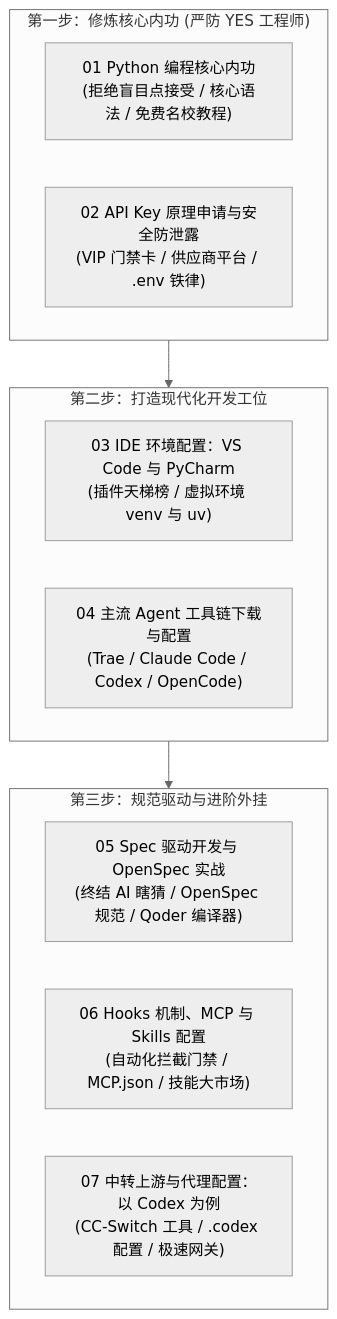
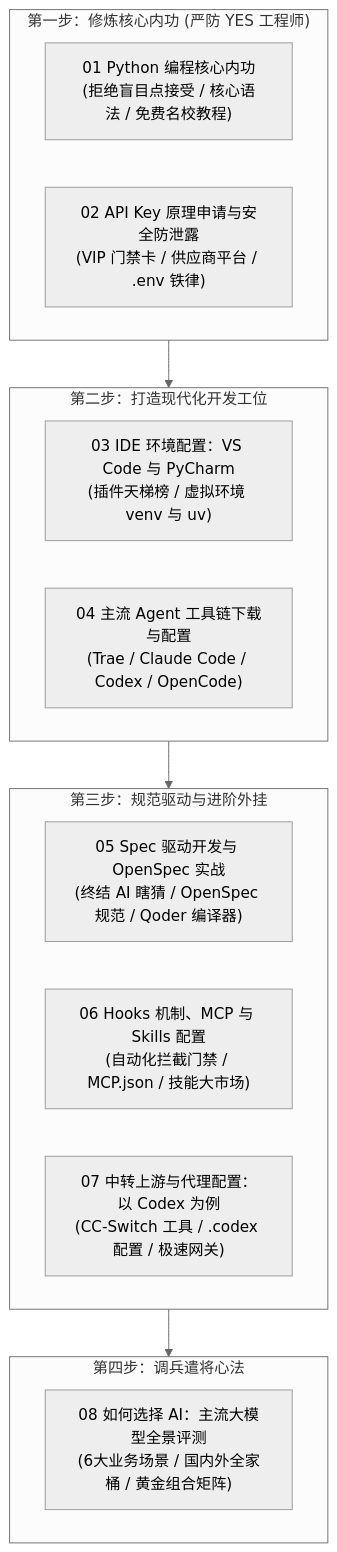
The diagram in 03_脚手架搭建/README.md (buffer121328/vibe-coding-and-agents), drawn with Mermaid (neutral theme) before and after one commit. The commit also changed other lines of this file and 36 other files, not shown here.

Commit message:
docs: 新增 Dify 实战 4.4-4.8 章节、截图与面必过 DSL，并更新目录

````diff
--- a/03_脚手架搭建/README.md
+++ b/03_脚手架搭建/README.md
@@ -13,21 +13,26 @@
 ```mermaid
 graph TD
     subgraph Step1 ["第一步：修炼核心内功 (严防 YES 工程师)"]
         A1["01 Python 编程核心内功<br/>(拒绝盲目点接受 / 核心语法 / 免费名校教程)"]
         A2["02 API Key 原理申请与安全防泄露<br/>(VIP 门禁卡 / 供应商平台 / .env 铁律)"]
     end
 
     subgraph Step2 ["第二步：打造现代化开发工位"]
         B1["03 IDE 环境配置：VS Code 与 PyCharm<br/>(插件天梯榜 / 虚拟环境 venv 与 uv)"]
         B2["04 主流 Agent 工具链下载与配置<br/>(Trae / Claude Code / Codex / OpenCode)"]
     end
 
     subgraph Step3 ["第三步：规范驱动与进阶外挂"]
         C1["05 Spec 驱动开发与 OpenSpec 实战<br/>(终结 AI 瞎猜 / OpenSpec 规范 / Qoder 编译器)"]
         C2["06 Hooks 机制、MCP 与 Skills 配置<br/>(自动化拦截门禁 / MCP.json / 技能大市场)"]
         C3["07 中转上游与代理配置：以 Codex 为例<br/>(CC-Switch 工具 / .codex 配置 / 极速网关)"]
     end
 
+    subgraph Step4 ["第四步：调兵遣将心法"]
+        D1["08 如何选择 AI：主流大模型全景评测<br/>(6大业务场景 / 国内外全家桶 / 黄金组合矩阵)"]
+    end
+
     Step1 --> Step2
     Step2 --> Step3
+    Step3 --> Step4
 ```
````
